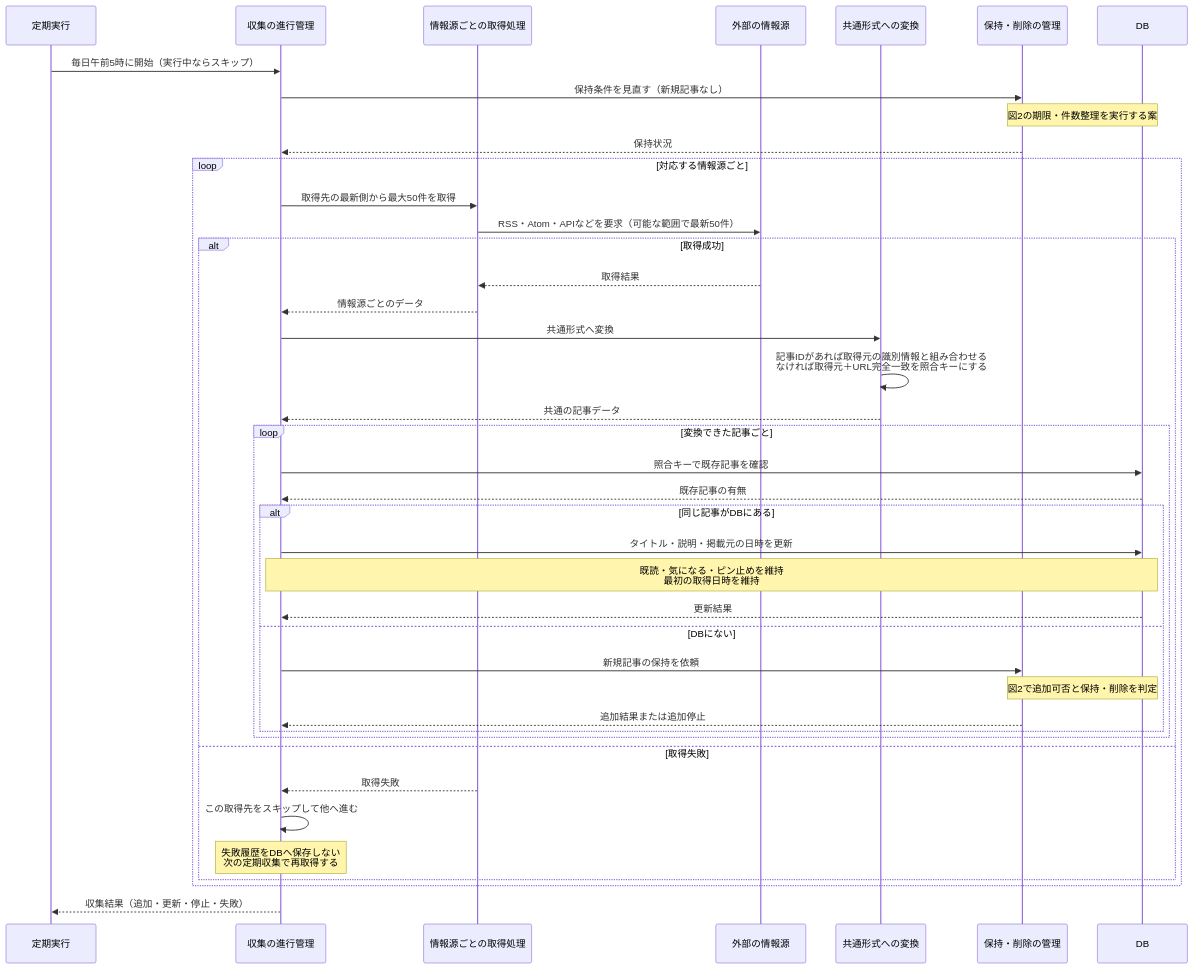
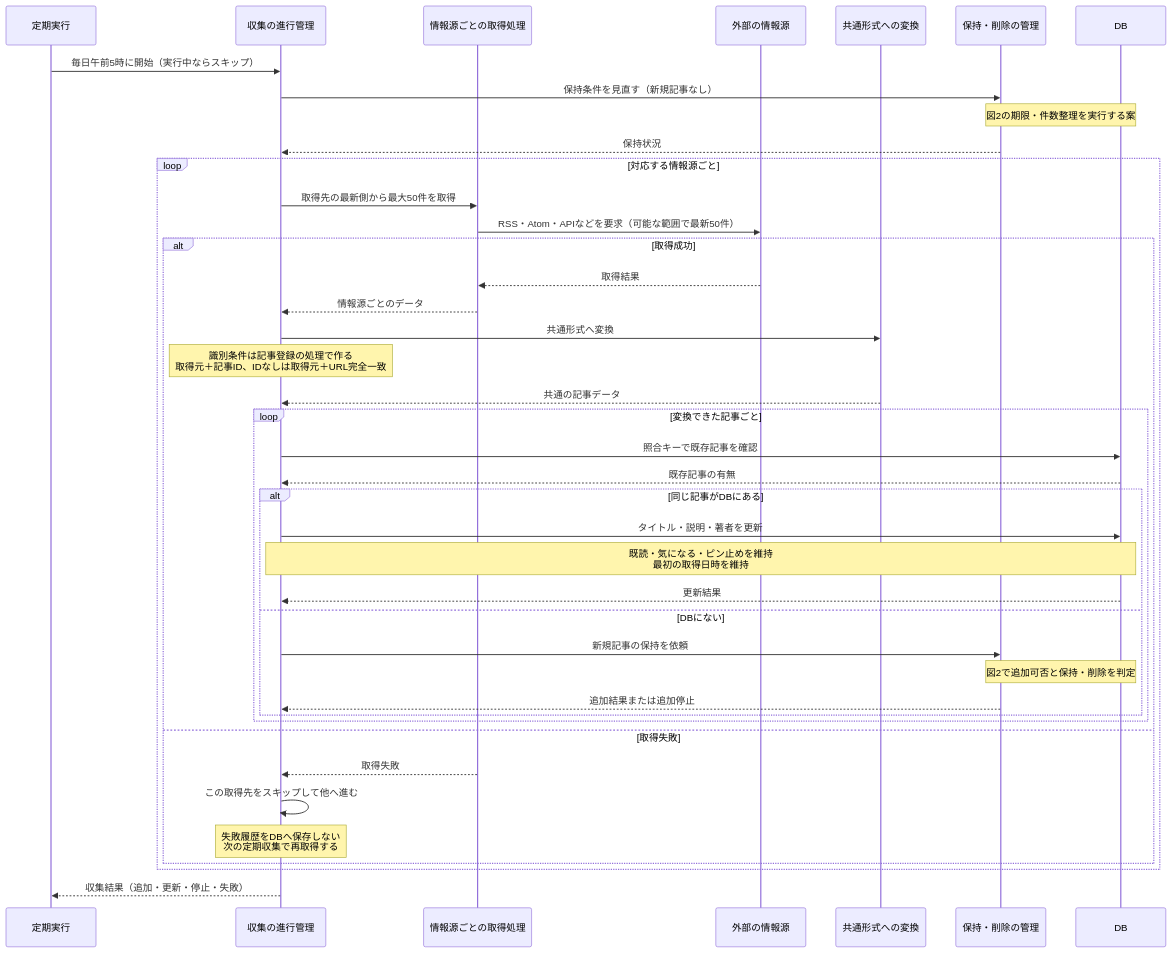
The first of 2 diagrams in docs/sequences-server.md (BeppuKanato/it-discovery), drawn with Mermaid before and after one commit. The commit also changed other lines of this file and 8 other files, not shown here.

Commit message:
docs: 保存基盤の責務と依存関係を図で説明する

````diff
--- a/docs/sequences-server.md
+++ b/docs/sequences-server.md
@@ -29,48 +29,48 @@
 ```mermaid
 sequenceDiagram
     participant Timer as 定期実行
     participant Collect as 収集の進行管理
     participant Fetch as 情報源ごとの取得処理
     participant Source as 外部の情報源
     participant Normalize as 共通形式への変換
     participant Keep as 保持・削除の管理
     participant DB as DB
 
     Timer->>Collect: 毎日午前5時に開始（実行中ならスキップ）
     Collect->>Keep: 保持条件を見直す（新規記事なし）
     Note over Keep,DB: 図2の期限・件数整理を実行する案
     Keep-->>Collect: 保持状況
 
     loop 対応する情報源ごと
         Collect->>Fetch: 取得先の最新側から最大50件を取得
         Fetch->>Source: RSS・Atom・APIなどを要求（可能な範囲で最新50件）
         alt 取得成功
             Source-->>Fetch: 取得結果
             Fetch-->>Collect: 情報源ごとのデータ
             Collect->>Normalize: 共通形式へ変換
-            Normalize->>Normalize: 記事IDがあれば取得元の識別情報と組み合わせる<br/>なければ取得元＋URL完全一致を照合キーにする
+            Note over Collect: 識別条件は記事登録の処理で作る<br/>取得元＋記事ID、IDなしは取得元＋URL完全一致
             Normalize-->>Collect: 共通の記事データ
 
             loop 変換できた記事ごと
                 Collect->>DB: 照合キーで既存記事を確認
                 DB-->>Collect: 既存記事の有無
 
                 alt 同じ記事がDBにある
-                    Collect->>DB: タイトル・説明・掲載元の日時を更新
+                    Collect->>DB: タイトル・説明・著者を更新
                     Note over Collect,DB: 既読・気になる・ピン止めを維持<br/>最初の取得日時を維持
                     DB-->>Collect: 更新結果
                 else DBにない
                     Collect->>Keep: 新規記事の保持を依頼
                     Note over Keep,DB: 図2で追加可否と保持・削除を判定
                     Keep-->>Collect: 追加結果または追加停止
                 end
             end
 
         else 取得失敗
             Fetch-->>Collect: 取得失敗
             Collect->>Collect: この取得先をスキップして他へ進む
             Note over Collect: 失敗履歴をDBへ保存しない<br/>次の定期収集で再取得する
         end
     end
     Collect-->>Timer: 収集結果（追加・更新・停止・失敗）
 ```
````
